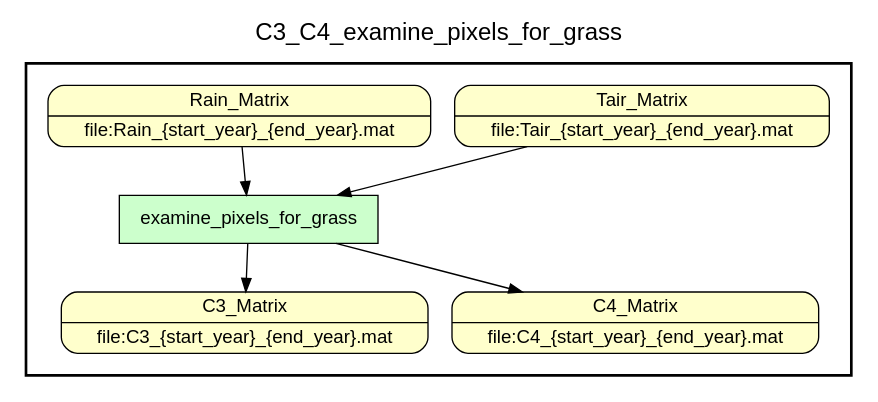
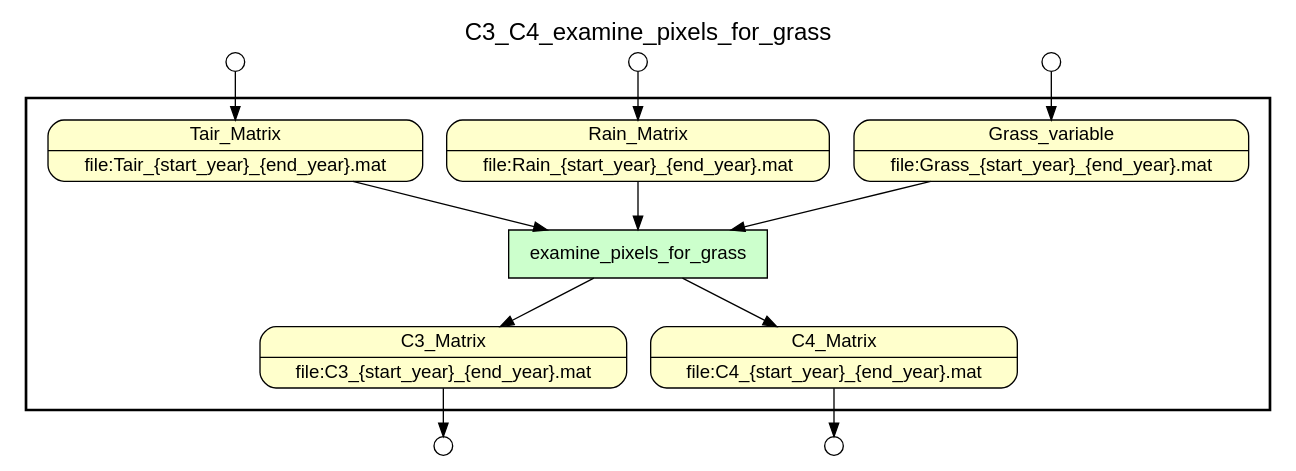
Before and after one commit to sycao5/runManager-multipleRuns: the diagram in examples/C3C4/examine_pixels_for_grass.gv, drawn with Graphviz. The commit also changed other lines of this file and 10 other files, not shown here.

Commit message:
Fix bugs in the 3 smaller C3C4 scripts and their yw graphs; upload db for record the runs

```diff
--- a/examples/C3C4/examine_pixels_for_grass.gv
+++ b/examples/C3C4/examine_pixels_for_grass.gv
@@ -1,39 +1,70 @@
 
 /* Start of top-level graph */
 digraph Workflow {
 rankdir=TB
 
 /* Title for graph */
 fontname=Helvetica; fontsize=18; labelloc=t
 label=C3_C4_examine_pixels_for_grass
 
 /* Start of double cluster for drawing box around nodes in workflow */
 subgraph cluster_workflow_box_outer { label=""; color=black; penwidth=2
 subgraph cluster_workflow_box_inner { label=""; penwidth=0
 
 /* Style for nodes representing atomic programs in workflow */
 node[shape=box style=filled fillcolor="#CCFFCC" peripheries=1 fontname=Helvetica]
 
 /* Nodes representing atomic programs in workflow */
 examine_pixels_for_grass
 
 /* Style for nodes representing non-parameter data channels in workflow */
 node[shape=box style="rounded,filled" fillcolor="#FFFFCC" peripheries=1 fontname=Helvetica]
 
-/* Nodes representing non-parameter data channels in workflow */
+/* Nodes for non-parameter data channels in workflow */
 C3_Matrix [shape=record rankdir=LR label="{<f0> C3_Matrix |<f1> file\:C3_\{start_year\}_\{end_year\}.mat}"];
 C4_Matrix [shape=record rankdir=LR label="{<f0> C4_Matrix |<f1> file\:C4_\{start_year\}_\{end_year\}.mat}"];
 Tair_Matrix [shape=record rankdir=LR label="{<f0> Tair_Matrix |<f1> file\:Tair_\{start_year\}_\{end_year\}.mat}"];
 Rain_Matrix [shape=record rankdir=LR label="{<f0> Rain_Matrix |<f1> file\:Rain_\{start_year\}_\{end_year\}.mat}"];
+Grass_variable [shape=record rankdir=LR label="{<f0> Grass_variable |<f1> file\:Grass_\{start_year\}_\{end_year\}.mat}"];
+
+/* Style for nodes representing parameter channels in workflow */
+node[shape=box style="rounded,filled" fillcolor="#FCFCFC" peripheries=1 fontname=Helvetica]
+
+/* Nodes representing parameter channels in workflow */
 
 /* Edges representing connections between programs and channels */
 examine_pixels_for_grass -> C3_Matrix
 examine_pixels_for_grass -> C4_Matrix
 Tair_Matrix -> examine_pixels_for_grass
 Rain_Matrix -> examine_pixels_for_grass
+Grass_variable -> examine_pixels_for_grass
 
 /* End of double cluster for drawing box around nodes in workflow */
 }}
 
+/* Style for nodes representing workflow input ports */
+node[shape=circle style="rounded,filled" fillcolor="#FFFFFF" peripheries=1 fontname=Helvetica width=0.2]
+
+/* Nodes representing workflow input ports */
+Tair_Matrix_input_port [label=""]
+Rain_Matrix_input_port [label=""]
+Grass_variable_input_port [label=""]
+
+/* Style for nodes representing workflow output ports */
+node[shape=circle style="rounded,filled" fillcolor="#FFFFFF" peripheries=1 fontname=Helvetica width=0.2]
+
+/* Nodes representing workflow output ports */
+C3_Matrix_output_port [label=""]
+C4_Matrix_output_port [label=""]
+
+/* Edges from input ports to channels */
+Tair_Matrix_input_port -> Tair_Matrix
+Rain_Matrix_input_port -> Rain_Matrix
+Grass_variable_input_port -> Grass_variable
+
+/* Edges from channels to output ports */
+C3_Matrix -> C3_Matrix_output_port
+C4_Matrix -> C4_Matrix_output_port
+
 /* End of top-level graph */
 }
```
